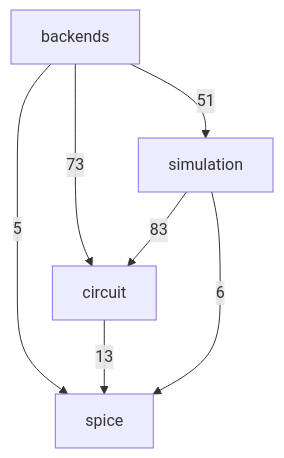
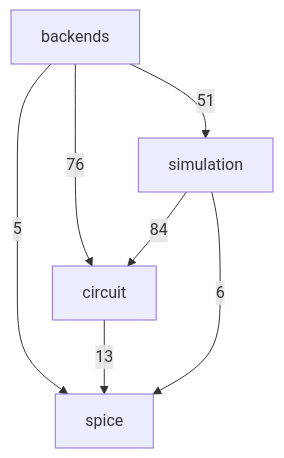
The second of 3 diagrams in docs/architecture.md (ronnymilleo/imcsim), drawn with Mermaid before and after one commit. The commit also changed other lines of this file and 6 other files, not shown here.

Commit message:
Document transmission lines and update architecture diagrams

````diff
--- a/docs/architecture.md
+++ b/docs/architecture.md
@@ -33,13 +33,13 @@
 ```mermaid
 flowchart TD
     app_core_spice[spice]
     app_core_circuit[circuit]
     app_core_simulation[simulation]
     app_core_backends[backends]
-    app_core_backends -->|73| app_core_circuit
+    app_core_backends -->|76| app_core_circuit
     app_core_backends -->|51| app_core_simulation
     app_core_backends -->|5| app_core_spice
     app_core_circuit -->|13| app_core_spice
-    app_core_simulation -->|83| app_core_circuit
+    app_core_simulation -->|84| app_core_circuit
     app_core_simulation -->|6| app_core_spice
 ```
````
